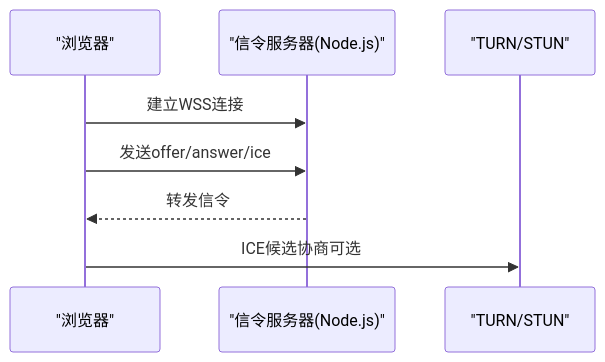
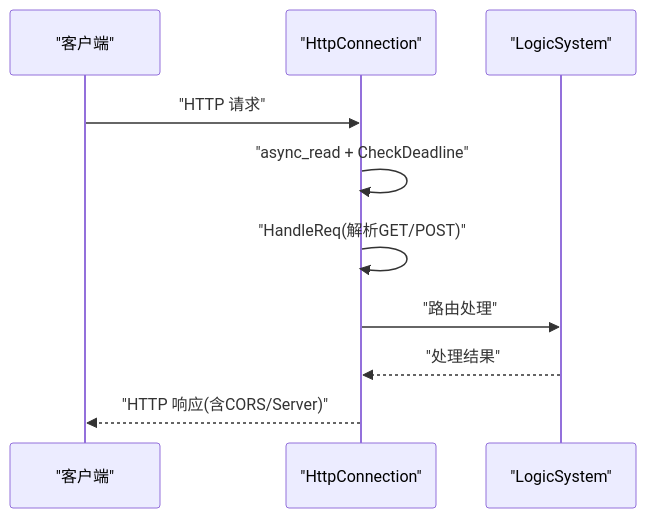
Before and after one commit to echo9923/mychatter: the fourth of 6 diagrams in .qoder/repowiki/zh/content/安全设计/网络安全防护/网络安全防护.md, drawn with Mermaid. The commit also changed other lines of this file and 526 other files, not shown here.

````diff
--- a/.qoder/repowiki/zh/content/安全设计/网络安全防护/网络安全防护.md
+++ b/.qoder/repowiki/zh/content/安全设计/网络安全防护/网络安全防护.md
@@ -238,10 +137,12 @@
 ```mermaid
 sequenceDiagram
-participant Browser as "浏览器"
-participant Signaling as "信令服务器(Node.js)"
-participant TURN as "TURN/STUN"
-Browser->>Signaling : 建立WSS连接
-Browser->>Signaling : 发送offer/answer/ice
-Signaling-->>Browser : 转发信令
-Browser->>TURN : ICE候选协商可选
+participant C as "客户端"
+participant H as "HttpConnection"
+participant L as "LogicSystem"
+C->>H : "HTTP 请求"
+H->>H : "async_read + CheckDeadline"
+H->>H : "HandleReq(解析GET/POST)"
+H->>L : "路由处理"
+L-->>H : "处理结果"
+H-->>C : "HTTP 响应(含CORS/Server)"
 ```
````
